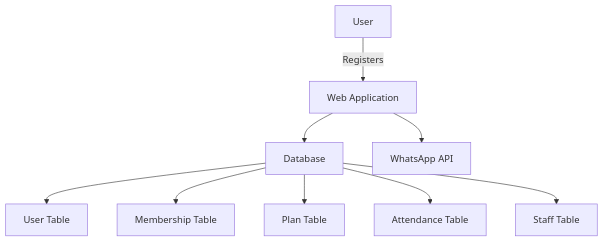
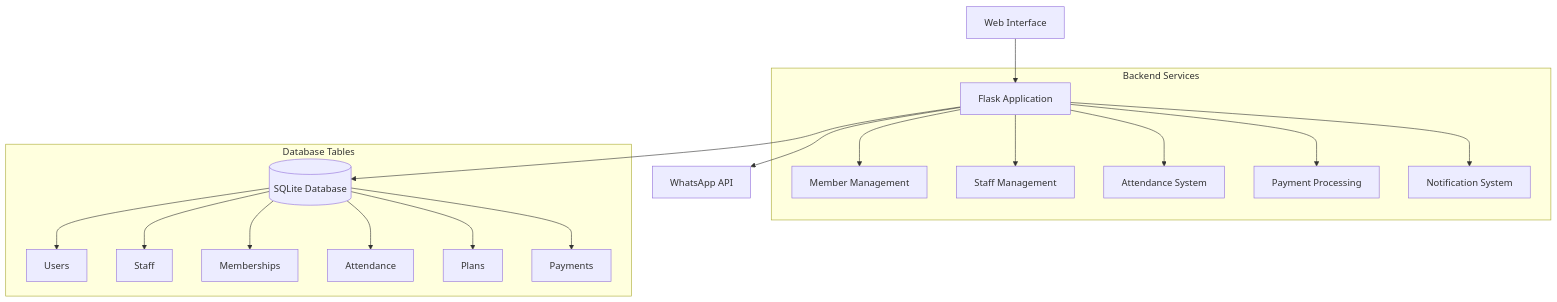
The first of 6 diagrams in README.md (Kekniskd/worrier-fitness), drawn with Mermaid before and after one commit. The commit also changed other lines of this file, not shown here.

````diff
--- a/README.md
+++ b/README.md
@@ -15,11 +7,23 @@
 ```mermaid
-graph TD;
-    A[User] -->|Registers| B[Web Application]
-    B --> C[Database]
+graph TD
+    A[Web Interface] --> B[Flask Application]
+    B --> C[(SQLite Database)]
     B --> D[WhatsApp API]
-    C --> E[User Table]
-    C --> F[Membership Table]
-    C --> G[Plan Table]
-    C --> H[Attendance Table]
-    C --> I[Staff Table]
+    
+    subgraph Backend Services
+        B --> E[Member Management]
+        B --> F[Staff Management]
+        B --> G[Attendance System]
+        B --> H[Payment Processing]
+        B --> I[Notification System]
+    end
+    
+    subgraph Database Tables
+        C --> J[Users]
+        C --> K[Staff]
+        C --> L[Memberships]
+        C --> M[Attendance]
+        C --> N[Plans]
+        C --> O[Payments]
+    end
 ```
````
